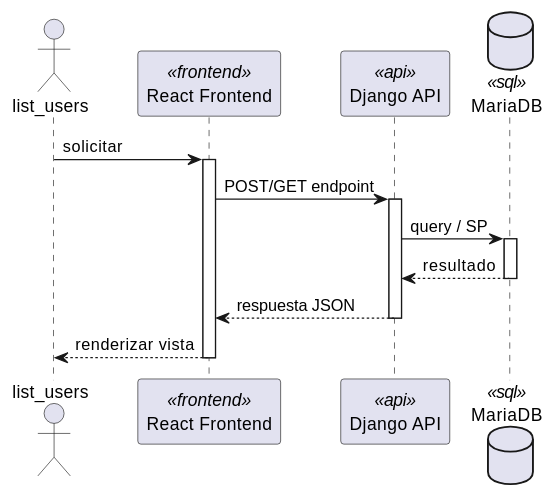
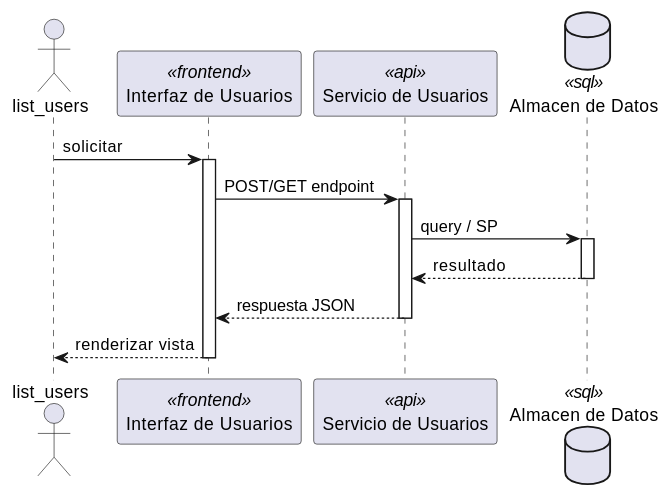
Before and after one commit to jcg-admin/IACT-docs: the first of 2 diagrams in source/arquitectura-tecnica/DesignView/usr-02.rst, drawn with PlantUML. The commit also changed other lines of this file and 243 other files, not shown here.

First line of the commit message:
Add missing diagrams and fix participant names across Kruchten views

```diff
--- a/source/arquitectura-tecnica/DesignView/usr-02.rst
+++ b/source/arquitectura-tecnica/DesignView/usr-02.rst
@@ -22,28 +22,28 @@
 .. uml::
  :caption: UC_USR_02 — Design View (secuencia)
 
  @startuml
 
  actor "list_users" as list_users
- participant "React Frontend" as Frontend <<frontend>>
- participant "Django API" as APIServer <<api>>
- database "MariaDB" as BaseDatos <<sql>>
+ participant "Interfaz de Usuarios" as Iface <<frontend>>
+ participant "Servicio de Usuarios" as SvcNode <<api>>
+ database "Almacen de Datos" as Store <<sql>>
 
- list_users -> Frontend : solicitar
- activate Frontend
+ list_users -> Iface : solicitar
+ activate Iface
 
- Frontend -> APIServer : POST/GET endpoint
- activate APIServer
+ Iface -> SvcNode : POST/GET endpoint
+ activate SvcNode
 
- APIServer -> BaseDatos : query / SP
- activate BaseDatos
- BaseDatos --> APIServer : resultado
- deactivate BaseDatos
+ SvcNode -> Store : query / SP
+ activate Store
+ Store --> SvcNode : resultado
+ deactivate Store
 
- APIServer --> Frontend : respuesta JSON
- deactivate APIServer
+ SvcNode --> Iface : respuesta JSON
+ deactivate SvcNode
 
- Frontend --> list_users : renderizar vista
- deactivate Frontend
+ Iface --> list_users : renderizar vista
+ deactivate Iface
 
  @enduml
```
